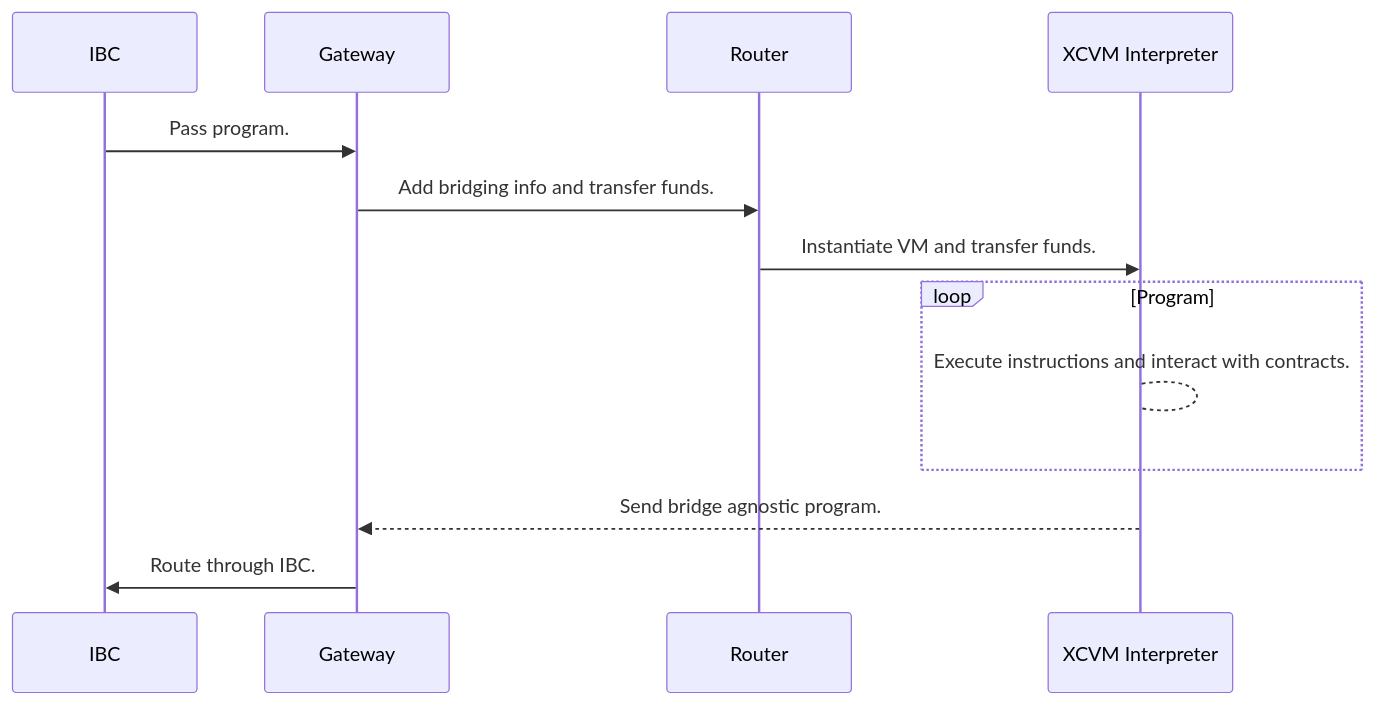
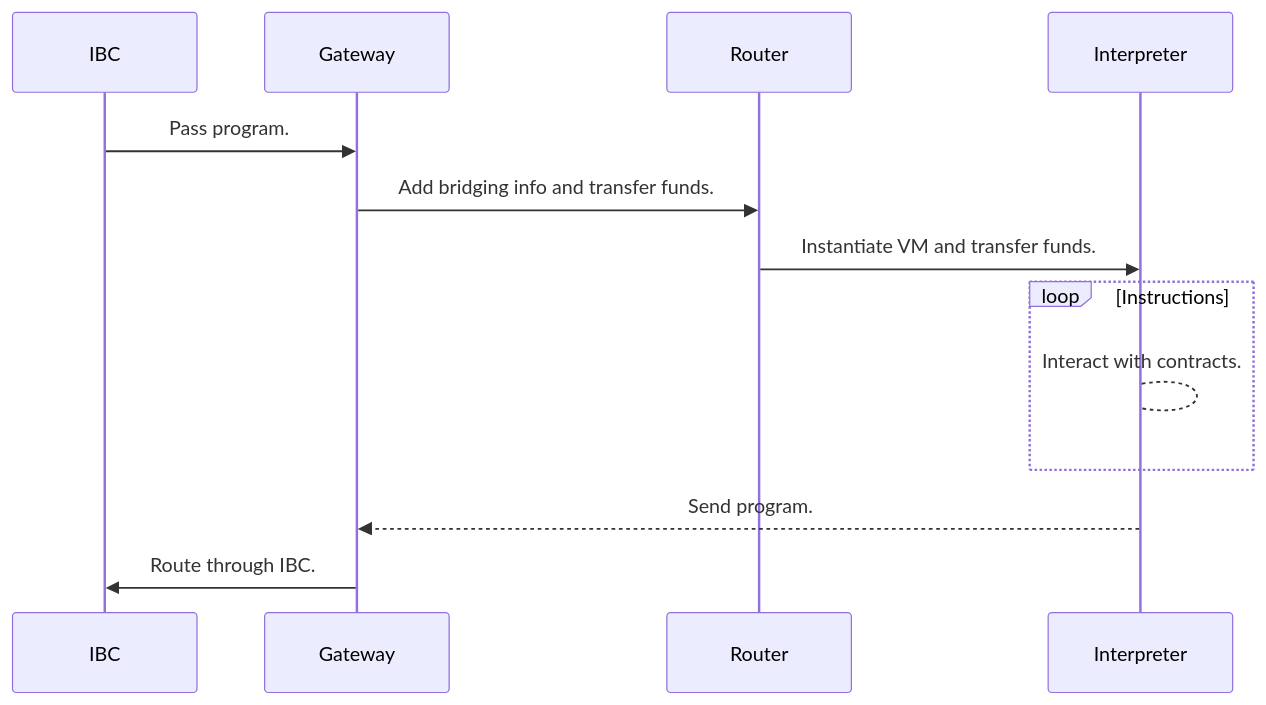
Before and after one commit to ComposableFi/composable: the first of 4 diagrams in code/xcvm/SPEC.md, drawn with Mermaid. The commit also changed other lines of this file and 76 other files, not shown here.

````diff
--- a/code/xcvm/SPEC.md
+++ b/code/xcvm/SPEC.md
@@ -238,15 +170,15 @@
 ```mermaid
 sequenceDiagram
     participant IBC
     participant Gateway
     participant Router
-    participant XCVM Interpreter
+    participant Interpreter
     IBC->>Gateway: Pass program.
     Gateway->>Router: Add bridging info and transfer funds.
-    Router->>XCVM Interpreter: Instantiate VM and transfer funds.
-    loop Program
-        XCVM Interpreter-->XCVM Interpreter: Execute instructions and interact with contracts.
+    Router->>Interpreter: Instantiate VM and transfer funds.
+    loop Instructions
+        Interpreter-->Interpreter: Interact with contracts.
     end
-    XCVM Interpreter-->>Gateway: Send bridge agnostic program.
+    Interpreter-->>Gateway: Send program.
     Gateway->>IBC: Route through IBC.
 ```
````
